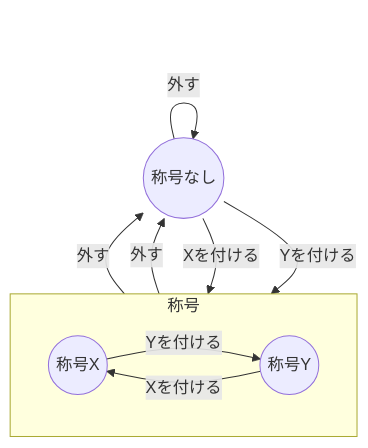
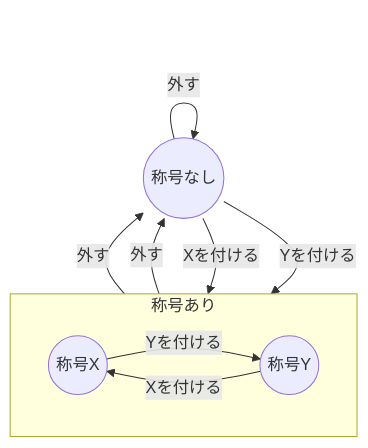
One commit to mymactive/my-articles changed the fourth of 4 diagrams in articles/07535a9cdd4a62.md. Above: the diagram before and after it, drawn with Mermaid. The commit also changed other lines of this file, not shown here.

````diff
--- a/articles/07535a9cdd4a62.md
+++ b/articles/07535a9cdd4a62.md
@@ -1202,15 +1224,15 @@
 ```mermaid
 flowchart BT
 s((称号なし)) -- 外す --> s((称号なし))
 s((称号なし)) -- "X"を付ける --> X((称号X))
 s((称号なし)) -- "Y"を付ける --> Y((称号Y))
 X((称号X)) -- 外す --> s((称号なし))
 Y((称号Y)) -- 外す --> s((称号なし))
 Y((称号Y)) -- "X"を付ける --> X((称号X))
 X((称号X)) -- "Y"を付ける --> Y((称号Y))
-  subgraph 称号
+  subgraph 称号あり
     direction LR
     X((称号X))
     Y((称号Y))
   end
 ```
````
